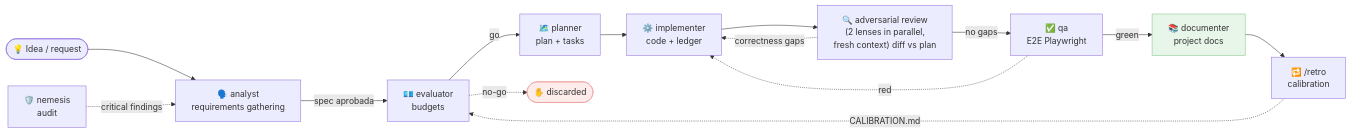
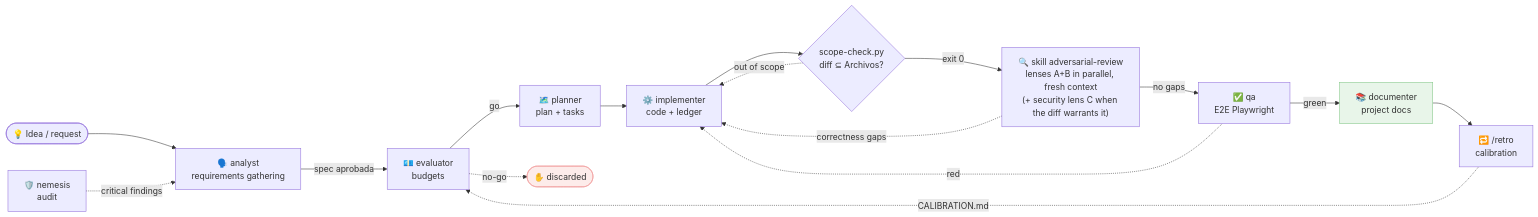
Before and after one commit to daycry/custom-agents: the second of 11 diagrams in docs/en/FLOWS.md, drawn with Mermaid. The commit also changed other lines of this file and 99 other files, not shown here.

Commit message:
feat: live-visibility + guardrails + adversarial-review + debt-cleanup; cierre jira-granularity

````diff
--- a/docs/en/FLOWS.md
+++ b/docs/en/FLOWS.md
@@ -33,18 +33,20 @@
 ```mermaid
 flowchart LR
     idea(["💡 Idea / request"]) --> analyst["🗣️ analyst<br/>requirements gathering"]
     analyst -->|spec aprobada| evaluator["💶 evaluator<br/>budgets"]
     evaluator -->|go| planner["🗺️ planner<br/>plan + tasks"]
     evaluator -.->|no-go| fin1(["✋ discarded"])
     planner --> implementer["⚙️ implementer<br/>code + ledger"]
-    implementer --> review["🔍 adversarial review<br/>(2 lenses in parallel,<br/>fresh context) diff vs plan"]
+    implementer --> scope{"scope-check.py<br/>diff ⊆ Archivos?"}
+    scope -.->|out of scope| implementer
+    scope -->|exit 0| review["🔍 skill adversarial-review<br/>lenses A+B in parallel, fresh context<br/>(+ security lens C when the diff warrants it)"]
     review -->|no gaps| qa["✅ qa<br/>E2E Playwright"]
     review -.->|correctness gaps| implementer
     qa -->|green| documenter["📚 documenter<br/>project docs"]
     qa -.->|red| implementer
     documenter --> retro["🔁 /retro<br/>calibration"]
     nemesis["🛡️ nemesis<br/>audit"] -.->|critical findings| analyst
     retro -.->|CALIBRATION.md| evaluator
     style fin1 fill:#fdecea,stroke:#ef9a9a
     style documenter fill:#e8f5e9,stroke:#81c784
 ```
````
